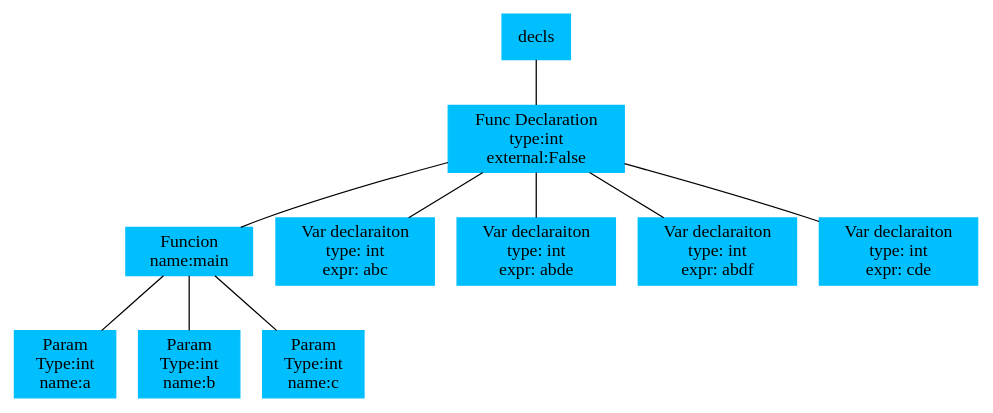
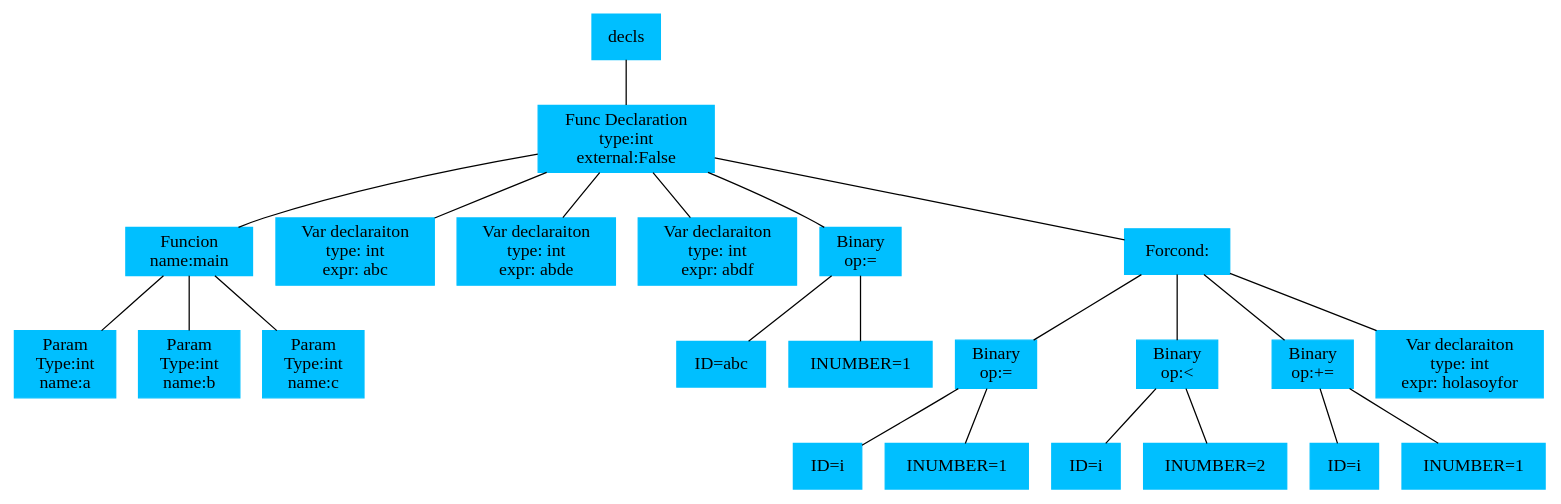
One commit to JGaviria0/miniC-Compiler changed the diagram in tree.dot. Above: the diagram before and after it, drawn with Graphviz. The commit also changed 6 other files, not shown here.

```diff
--- a/tree.dot
+++ b/tree.dot
@@ -1,43 +1,69 @@
 // Dot
 digraph AST {
 	node [color=deepskyblue shape=box style=filled]
 	edge [arrowhead=none]
 	n01 [label=decls]
 	n02 [label="Func Declaration
 type:int 
 external:False
 "]
 	n03 [label="Funcion 
 name:main 
 "]
 	n04 [label="Param
 Type:int 
  name:a"]
 	n03 -> n04
 	n05 [label="Param
 Type:int 
  name:b"]
 	n03 -> n05
 	n06 [label="Param
 Type:int 
  name:c"]
 	n03 -> n06
 	n02 -> n03
 	n07 [label="Var declaraiton
 type: int
 expr: abc"]
 	n02 -> n07
 	n08 [label="Var declaraiton
 type: int
 expr: abde"]
 	n02 -> n08
 	n09 [label="Var declaraiton
 type: int
 expr: abdf"]
 	n02 -> n09
-	n10 [label="Var declaraiton
+	n10 [label="Binary\nop:="]
+	n11 [label="ID=abc"]
+	n10 -> n11
+	n12 [label="INUMBER=1"]
+	n10 -> n12
+	n02 -> n10
+	n13 [label="For\cond: "]
+	n14 [label="Binary\nop:="]
+	n15 [label="ID=i"]
+	n14 -> n15
+	n16 [label="INUMBER=1"]
+	n14 -> n16
+	n13 -> n14
+	n17 [label="Binary\nop:<"]
+	n18 [label="ID=i"]
+	n17 -> n18
+	n19 [label="INUMBER=2"]
+	n17 -> n19
+	n13 -> n17
+	n20 [label="Binary\nop:+="]
+	n21 [label="ID=i"]
+	n20 -> n21
+	n22 [label="INUMBER=1"]
+	n20 -> n22
+	n13 -> n20
+	n23 [label="Var declaraiton
 type: int
-expr: cde"]
-	n02 -> n10
+expr: holasoyfor"]
+	n13 -> n23
+	n02 -> n13
 	n01 -> n02
 }
```
